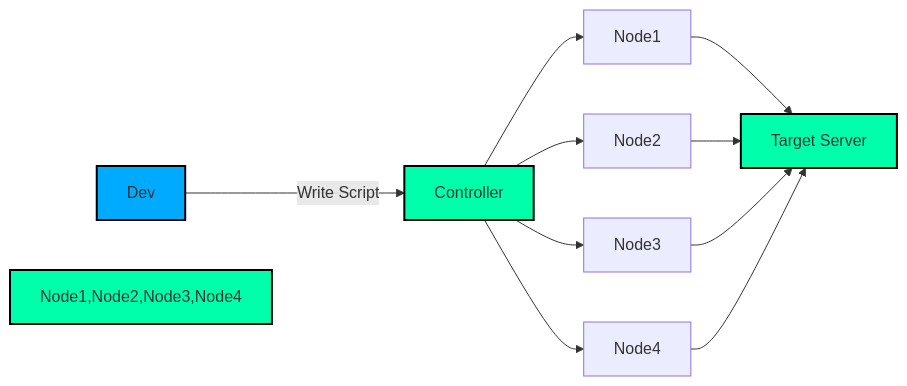
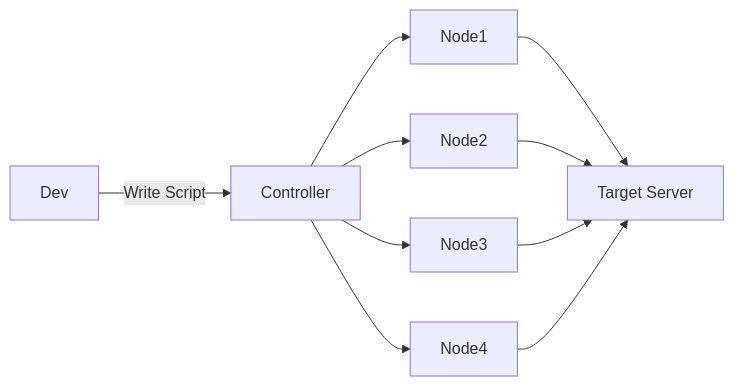
The diagram in slides/Slides.md (codebytes/load-testing), drawn with Mermaid before and after one commit.

Commit message:
update mermaid

```diff
--- a/slides/Slides.md
+++ b/slides/Slides.md
@@ -128,14 +128,10 @@
 <div class="mermaid">
 
 flowchart LR
-style Dev fill:#00aaff,stroke:#000000,stroke-width:2px
-style M fill:#00ffaa,stroke:#000000,stroke-width:2px
-style T fill:#00ffaa,stroke:#000000,stroke-width:2px
-style Node1,Node2,Node3,Node4 fill:#00ffaa,stroke:#000000,stroke-width:2px
-Dev --Write Script--> M[Controller]
-M-->Node1-->T[Target Server]
-M-->Node2-->T
-M-->Node3-->T
-M-->Node4-->T
+  Dev --Write Script--> M[Controller]
+  M-->Node1-->T[Target Server]
+  M-->Node2-->T
+  M-->Node3-->T
+  M-->Node4-->T
 
 </div>
```
